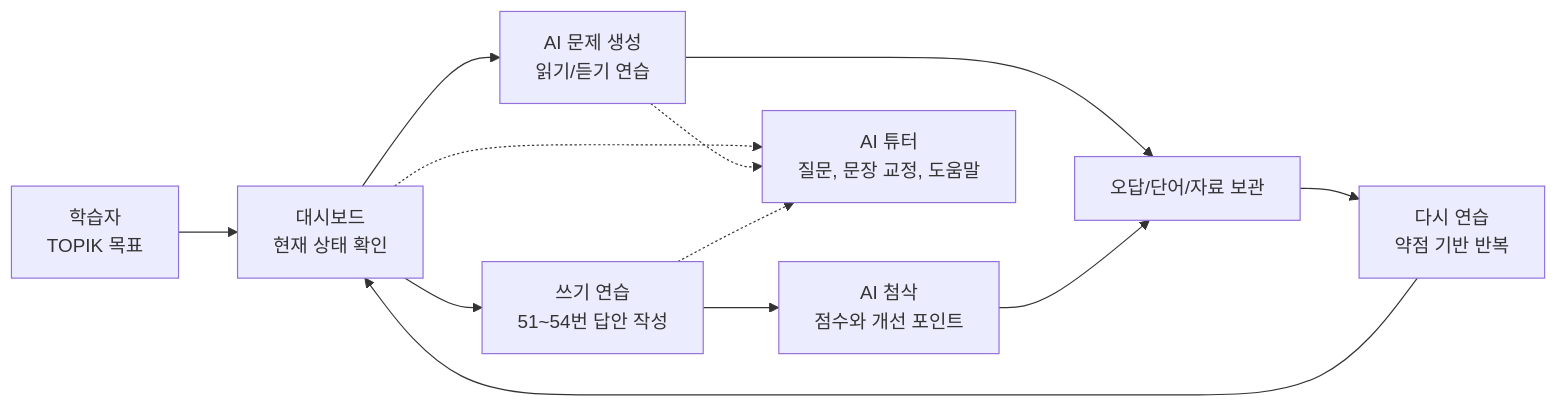
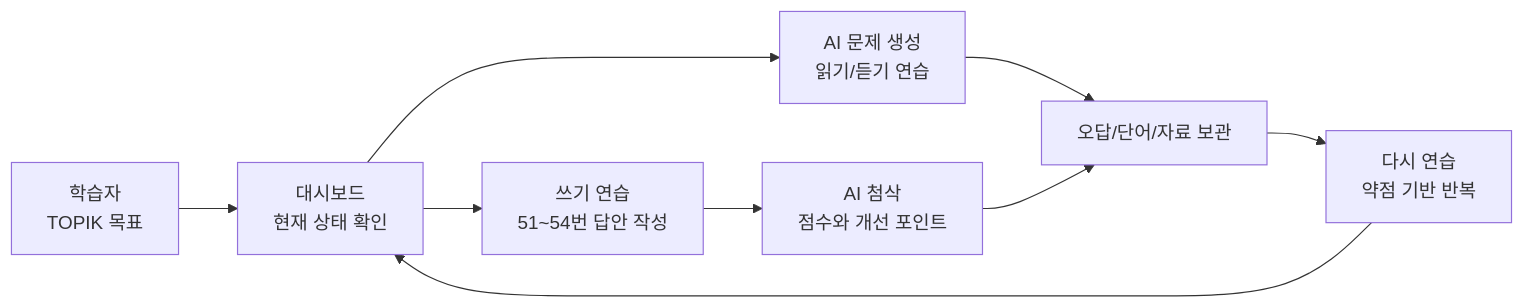
One commit to blackstarzck/topik-project-v13 changed the first of 8 diagrams in README.md. Above: the diagram before and after it, drawn with Mermaid. The commit also changed other lines of this file and 37 other files, not shown here.

````diff
--- a/README.md
+++ b/README.md
@@ -18,14 +18,11 @@
 ```mermaid
 flowchart LR
     A["학습자<br/>TOPIK 목표"] --> B["대시보드<br/>현재 상태 확인"]
     B --> C["AI 문제 생성<br/>읽기/듣기 연습"]
     B --> D["쓰기 연습<br/>51~54번 답안 작성"]
     D --> E["AI 첨삭<br/>점수와 개선 포인트"]
     C --> F["오답/단어/자료 보관"]
     E --> F
     F --> G["다시 연습<br/>약점 기반 반복"]
     G --> B
-    B -.-> H["AI 튜터<br/>질문, 문장 교정, 도움말"]
-    C -.-> H
-    D -.-> H
 ```
````
